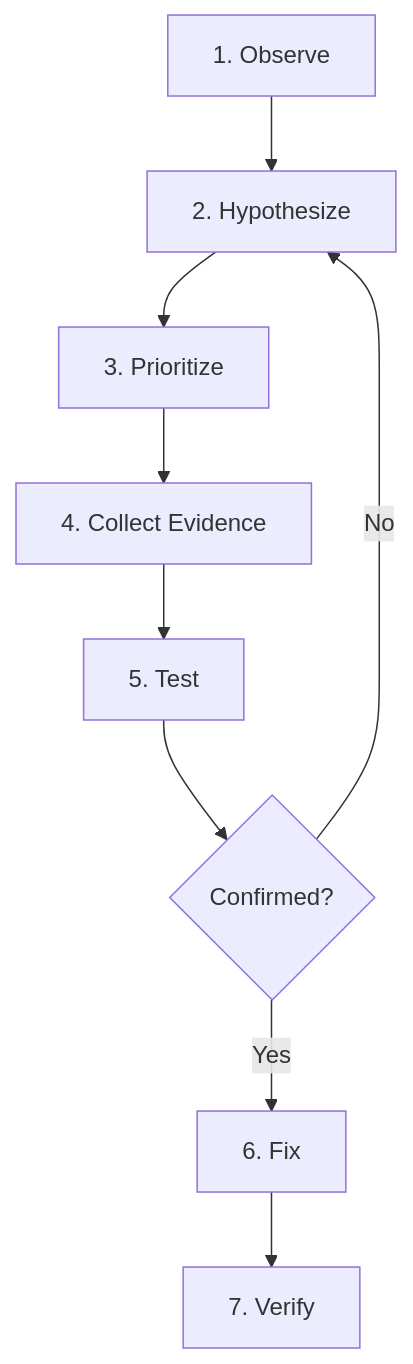
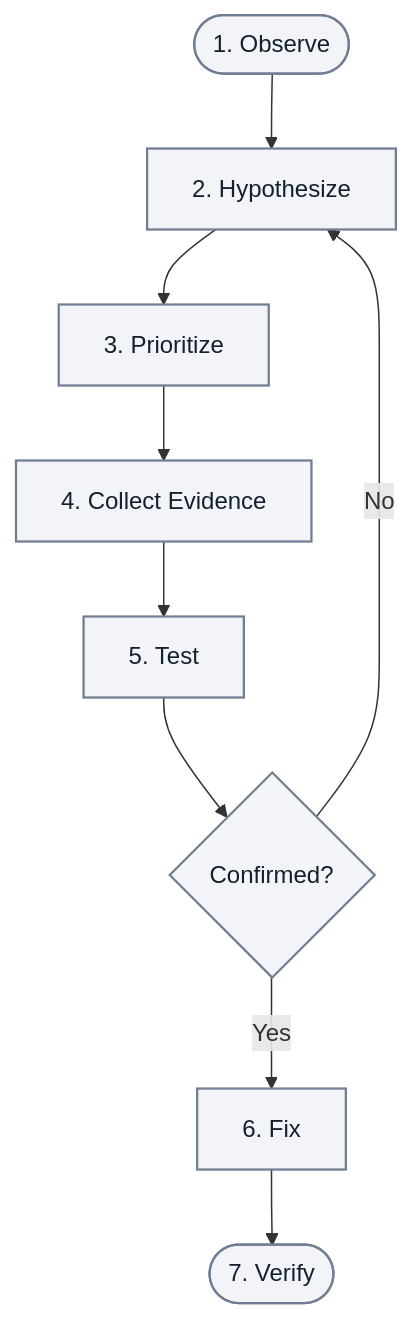
One commit to yeongseon/azure-functions-practical-guide changed the first of 2 diagrams in docs/troubleshooting/methodology/troubleshooting-method.md. Above: the diagram before and after it, drawn with Mermaid. The commit also changed other lines of this file and 4 other files, not shown here.

First line of the commit message:
docs(diagrams): migrate Functions troubleshooting overview — mental model and methodology and related diagnostics (#456)

````diff
--- a/docs/troubleshooting/methodology/troubleshooting-method.md
+++ b/docs/troubleshooting/methodology/troubleshooting-method.md
@@ -60,11 +60,15 @@
 ```mermaid
 flowchart TD
-    A[1. Observe] --> B[2. Hypothesize]
+    accTitle: Seven-step hypothesis-driven investigation
+    accDescr: Observe, hypothesize, prioritize, collect evidence and test. Confirmation leads to fixing and verification; the No branch returns to hypothesizing. This is an illustrative investigation method, not a lab verdict.
+    A([1. Observe]) --> B[2. Hypothesize]
     B --> C[3. Prioritize]
     C --> D[4. Collect Evidence]
     D --> E[5. Test]
     E --> F{Confirmed?}
     F -->|Yes| G[6. Fix]
     F -->|No| B
-    G --> H[7. Verify]
+    G --> H([7. Verify])
+    classDef neutral fill:#f2f4f8,stroke:#707e93,stroke-width:1.5px,color:#14202e;
+    class A,B,C,D,E,F,G,H neutral;
 ```
````
